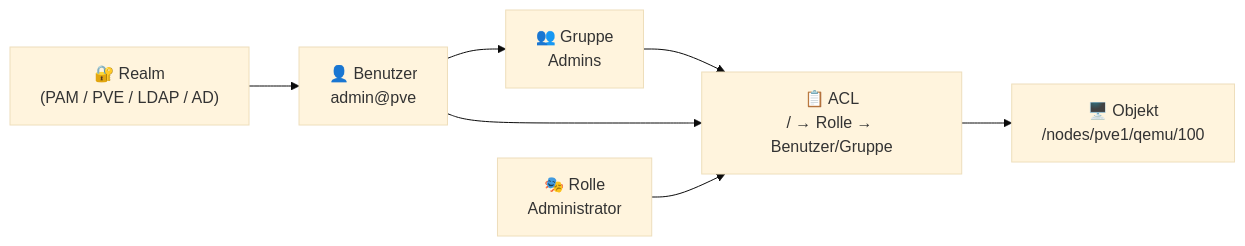
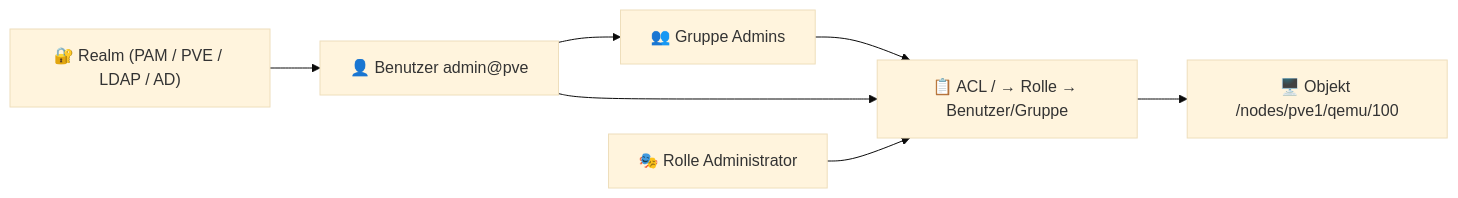
One commit to SoniiiT/notes-n-docs changed the diagram in Virtualization/Proxmox/Konzepte/Proxmox Benutzerverwaltung.md. Above: the diagram before and after it, drawn with Mermaid (base theme). The commit also changed 124 other files, not shown here.

First line of the commit message:
fix: Entferne \n aus allen Mermaid-Diagrammen (125 Dateien)

````diff
--- a/Virtualization/Proxmox/Konzepte/Proxmox Benutzerverwaltung.md
+++ b/Virtualization/Proxmox/Konzepte/Proxmox Benutzerverwaltung.md
@@ -26,16 +26,16 @@
 ```mermaid
 graph LR
-    REALM["🔐 Realm\n(PAM / PVE / LDAP / AD)"]
-    USER["👤 Benutzer\nadmin@pve"]
-    GROUP["👥 Gruppe\nAdmins"]
-    ROLE["🎭 Rolle\nAdministrator"]
-    ACL["📋 ACL\n/ → Rolle → Benutzer/Gruppe"]
-    OBJ["🖥️ Objekt\n/nodes/pve1/qemu/100"]
+    REALM["🔐 Realm (PAM / PVE / LDAP / AD)"]
+    USER["👤 Benutzer admin@pve"]
+    GROUP["👥 Gruppe Admins"]
+    ROLE["🎭 Rolle Administrator"]
+    ACL["📋 ACL / → Rolle → Benutzer/Gruppe"]
+    OBJ["🖥️ Objekt /nodes/pve1/qemu/100"]
 
     REALM --> USER
     USER --> GROUP
     GROUP --> ACL
     USER --> ACL
     ROLE --> ACL
     ACL --> OBJ
 ```
````
